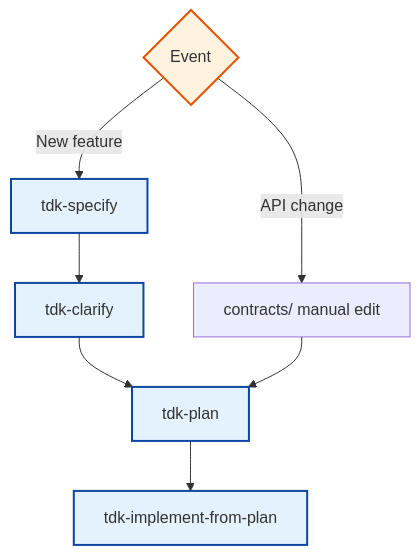
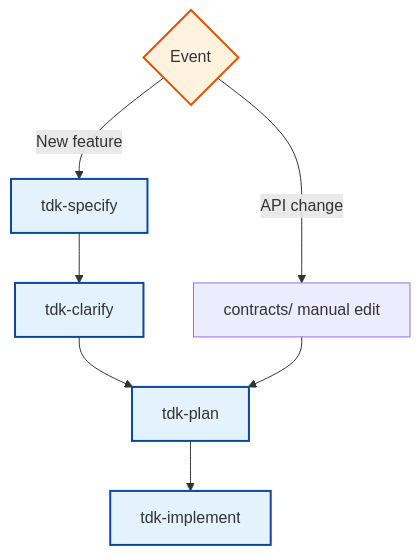
Before and after one commit to vinhltt/tdk: the eighth of 8 diagrams in .specify/docs/guides/document-flow.md, drawn with Mermaid. The commit also changed other lines of this file and 43 other files, not shown here.

````diff
--- a/.specify/docs/guides/document-flow.md
+++ b/.specify/docs/guides/document-flow.md
@@ -307,18 +307,18 @@
 ```mermaid
 flowchart TD
     START{Event}
 
     START -->|New feature| SPECIFY[tdk-specify]
     START -->|API change| UPDATE_CONTRACT[contracts/ manual edit]
 
     SPECIFY --> CLARIFY[tdk-clarify]
     CLARIFY --> PLAN[tdk-plan]
-    PLAN --> IMPLEMENT[tdk-implement-from-plan]
+    PLAN --> IMPLEMENT[tdk-implement]
     
     UPDATE_CONTRACT --> PLAN
 
     classDef event fill:#fff3e0,stroke:#e65100,stroke-width:2px
     classDef command fill:#e3f2fd,stroke:#0d47a1,stroke-width:2px
     class START event
     class SPECIFY,CLARIFY,PLAN,IMPLEMENT command
 ```
````
